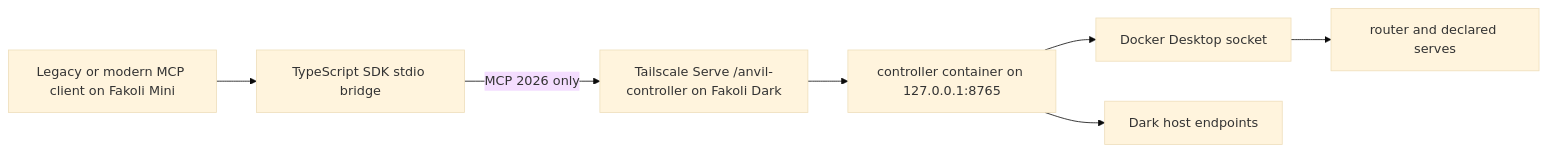
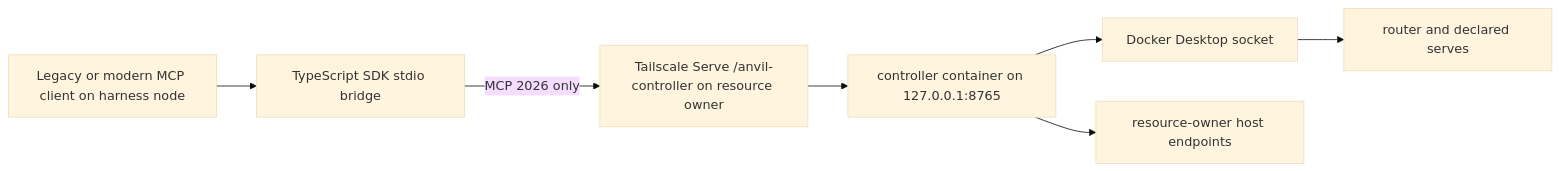
One commit to fakoli/anvil-serving changed the second of 4 diagrams in docs/ARCHITECTURE.md. Above: the diagram before and after it, drawn with Mermaid (base theme). The commit also changed other lines of this file and 11 other files, not shown here.

````diff
--- a/docs/ARCHITECTURE.md
+++ b/docs/ARCHITECTURE.md
@@ -117,9 +128,9 @@
 ```mermaid
 flowchart LR
-    O["Legacy or modern MCP client on Fakoli Mini"] --> P["TypeScript SDK stdio bridge"]
-    P -->|"MCP 2026 only"| T["Tailscale Serve /anvil-controller on Fakoli Dark"]
+    O["Legacy or modern MCP client on harness node"] --> P["TypeScript SDK stdio bridge"]
+    P -->|"MCP 2026 only"| T["Tailscale Serve /anvil-controller on resource owner"]
     T --> C["controller container on 127.0.0.1:8765"]
     C --> D["Docker Desktop socket"]
-    C --> H["Dark host endpoints"]
+    C --> H["resource-owner host endpoints"]
     D --> S["router and declared serves"]
 ```
````
